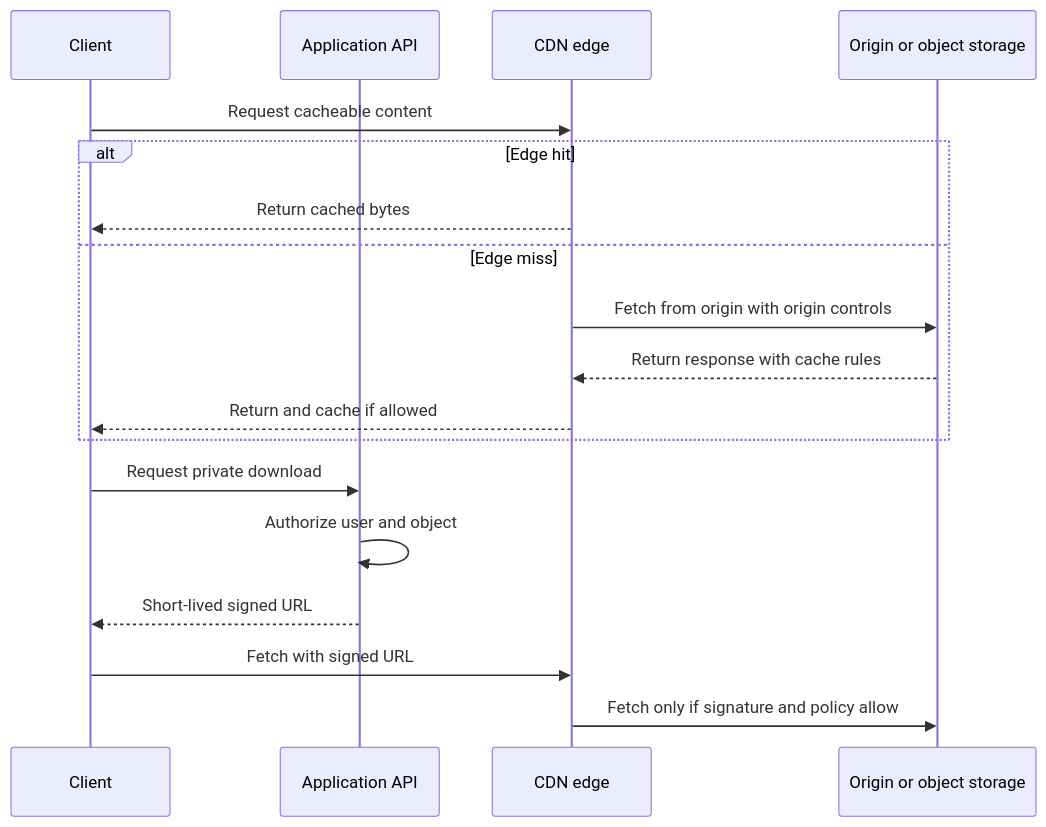
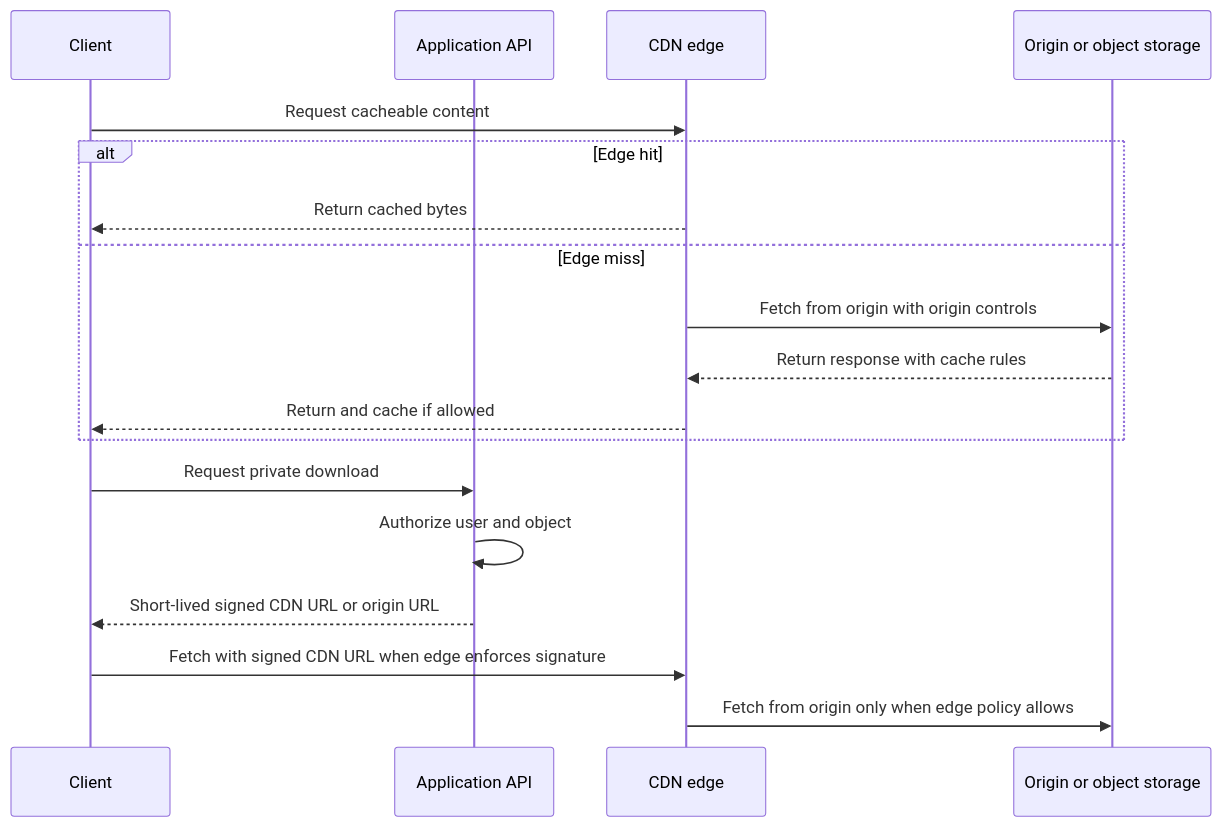
The second of 2 diagrams in docs/components/cdn.md (LeonSilva15/system-design), drawn with Mermaid before and after one commit. The commit also changed other lines of this file, not shown here.

Commit message:
docs(components): SDC-E04-T10 address CDN review

````diff
--- a/docs/components/cdn.md
+++ b/docs/components/cdn.md
@@ -290,22 +294,22 @@
 ```mermaid
 sequenceDiagram
     participant Client
     participant App as Application API
     participant CDN as CDN edge
     participant Origin as Origin or object storage
 
     Client->>CDN: Request cacheable content
     alt Edge hit
         CDN-->>Client: Return cached bytes
     else Edge miss
         CDN->>Origin: Fetch from origin with origin controls
         Origin-->>CDN: Return response with cache rules
         CDN-->>Client: Return and cache if allowed
     end
 
     Client->>App: Request private download
     App->>App: Authorize user and object
-    App-->>Client: Short-lived signed URL
-    Client->>CDN: Fetch with signed URL
-    CDN->>Origin: Fetch only if signature and policy allow
+    App-->>Client: Short-lived signed CDN URL or origin URL
+    Client->>CDN: Fetch with signed CDN URL when edge enforces signature
+    CDN->>Origin: Fetch from origin only when edge policy allows
 ```
````
